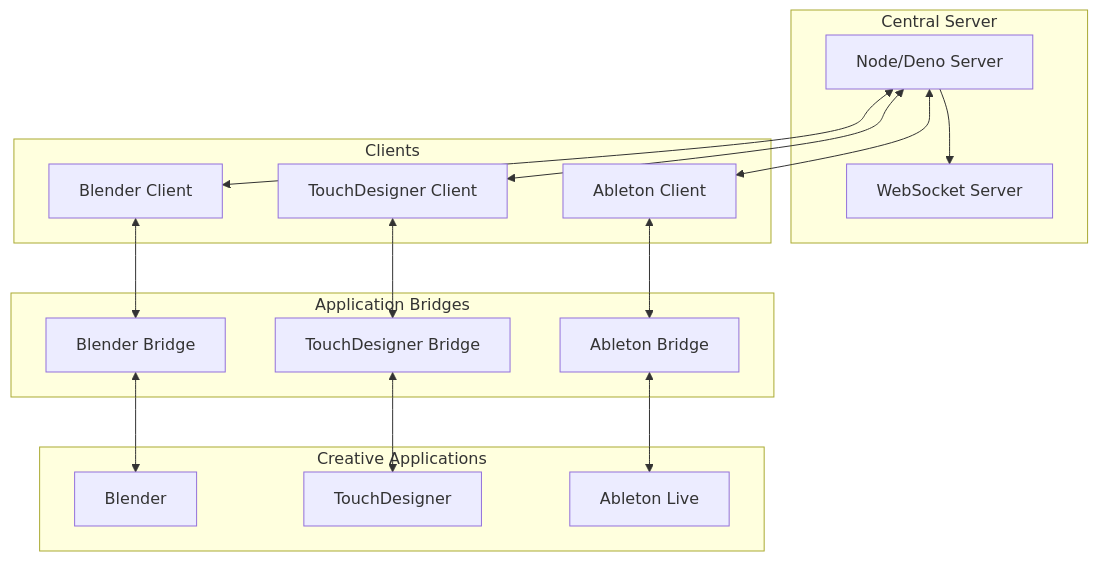
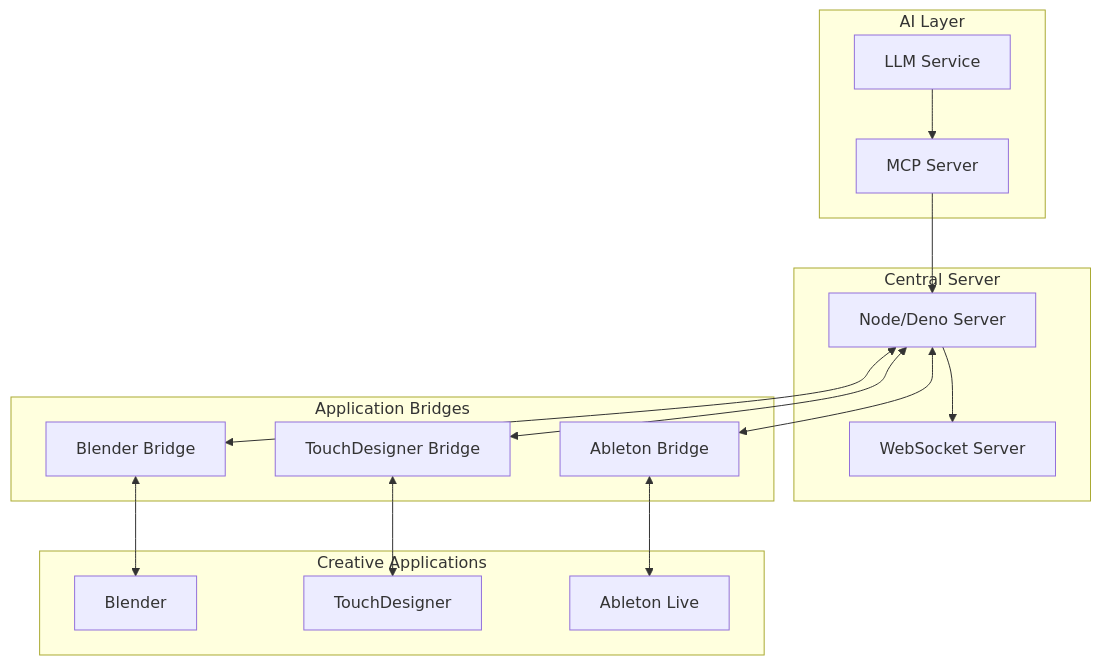
One commit to lightfastai/computer changed the diagram in README.md. Above: the diagram before and after it, drawn with Mermaid. The commit also changed other lines of this file and 1 other file, not shown here.

````diff
--- a/README.md
+++ b/README.md
@@ -17,38 +52,35 @@
 ```mermaid
 graph TB
+    subgraph "AI Layer"
+        LLM[LLM Service]
+        MCP[MCP Server]
+    end
+
     subgraph "Central Server"
         CS[Node/Deno Server]
         WS[WebSocket Server]
         CS --> WS
     end
 
     subgraph "Creative Applications"
         B[Blender]
         TD[TouchDesigner]
         A[Ableton Live]
     end
 
     subgraph "Application Bridges"
         BB[Blender Bridge]
         TDB[TouchDesigner Bridge]
         AB[Ableton Bridge]
     end
 
-    subgraph "Clients"
-        BC[Blender Client]
-        TDC[TouchDesigner Client]
-        AC[Ableton Client]
-    end
-
-    CS <--> BC
-    CS <--> TDC
-    CS <--> AC
-
-    BC <--> BB
-    TDC <--> TDB
-    AC <--> AB
+    LLM --> MCP
+    MCP --> CS
+    CS <--> BB
+    CS <--> TDB
+    CS <--> AB
 
     BB <--> B
     TDB <--> TD
     AB <--> A
 ```
````
